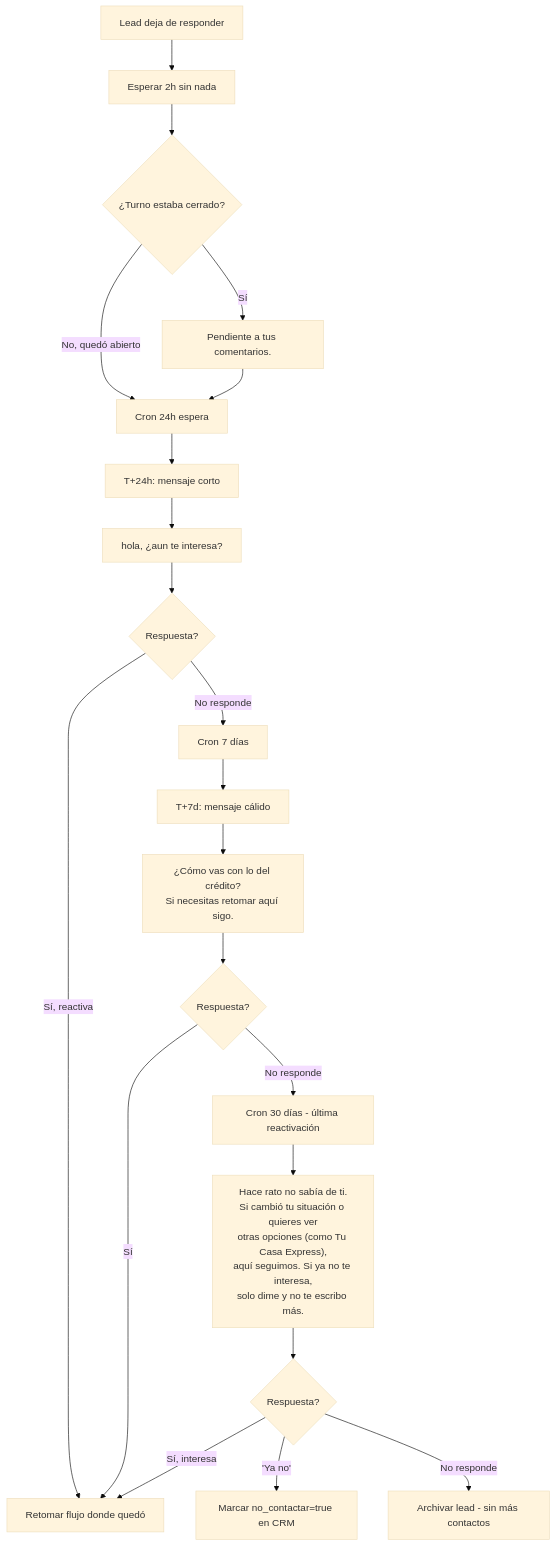
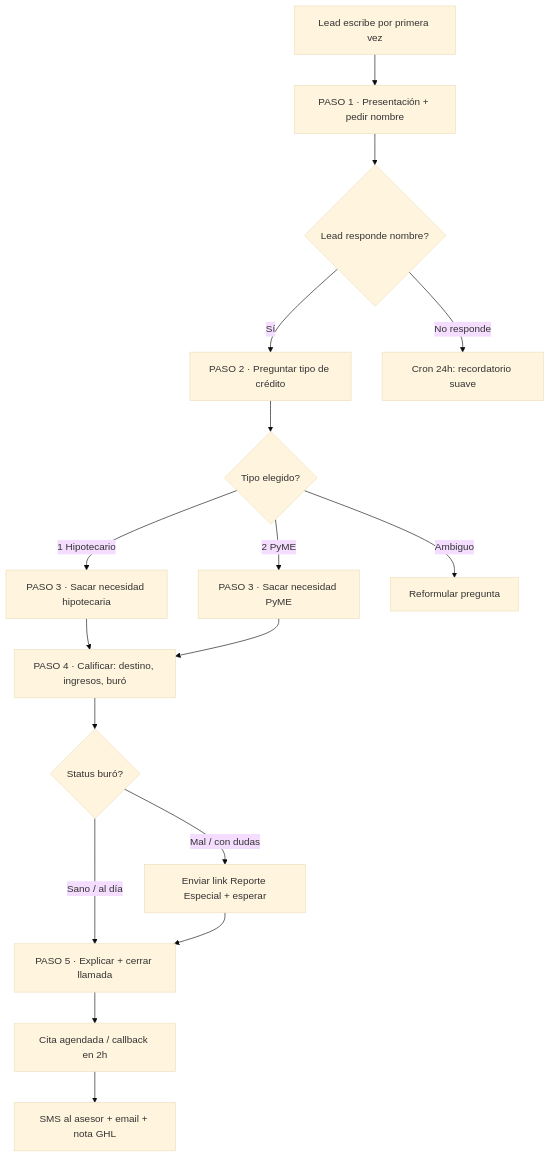
The first of 6 diagrams in agentes/alejandra/playbooks/diagrama-flujo.md (LuisValades/bot-ia-test-v1), drawn with Mermaid (base theme) before and after one commit. The commit also changed other lines of this file and 1 other file, not shown here.

First line of the commit message:
feat(alejandra): flujo rediseñado a 5 pasos canónicos

````diff
--- a/agentes/alejandra/playbooks/diagrama-flujo.md
+++ b/agentes/alejandra/playbooks/diagrama-flujo.md
@@ -187,29 +11,23 @@
 ```mermaid
 flowchart TD
-    A[Lead deja de responder] --> B[Esperar 2h sin nada]
-    B --> C{¿Turno estaba cerrado?}
-    C -->|Sí| D["Pendiente a tus comentarios."]
-    C -->|No, quedó abierto| E[Cron 24h espera]
+    Start[Lead escribe por primera vez] --> P1[PASO 1 · Presentación + pedir nombre]
+    P1 --> R1{Lead responde nombre?}
+    R1 -->|Sí| P2[PASO 2 · Preguntar tipo de crédito]
+    R1 -->|No responde| FollowUp[Cron 24h: recordatorio suave]
 
-    D --> E
-    E --> F[T+24h: mensaje corto]
-    F --> G["hola, ¿aun te interesa?"]
+    P2 --> R2{Tipo elegido?}
+    R2 -->|1 Hipotecario| P3H[PASO 3 · Sacar necesidad hipotecaria]
+    R2 -->|2 PyME| P3P[PASO 3 · Sacar necesidad PyME]
+    R2 -->|Ambiguo| ReAsk[Reformular pregunta]
 
-    G --> H{Respuesta?}
-    H -->|Sí, reactiva| I[Retomar flujo donde quedó]
-    H -->|No responde| J[Cron 7 días]
+    P3H --> P4[PASO 4 · Calificar: destino, ingresos, buró]
+    P3P --> P4
 
-    J --> K[T+7d: mensaje cálido]
-    K --> L["¿Cómo vas con lo del crédito?<br/>Si necesitas retomar aquí sigo."]
+    P4 --> Q_BURO{Status buró?}
+    Q_BURO -->|Sano / al día| P5[PASO 5 · Explicar + cerrar llamada]
+    Q_BURO -->|Mal / con dudas| PedirReporte[Enviar link Reporte Especial + esperar]
+    PedirReporte --> P5
 
-    L --> M{Respuesta?}
-    M -->|Sí| I
-    M -->|No responde| N[Cron 30 días - última reactivación]
-
-    N --> O["Hace rato no sabía de ti.<br/>Si cambió tu situación o quieres ver<br/>otras opciones (como Tu Casa Express),<br/>aquí seguimos. Si ya no te interesa,<br/>solo dime y no te escribo más."]
-
-    O --> P{Respuesta?}
-    P -->|Sí, interesa| I
-    P -->|'Ya no'| Q[Marcar no_contactar=true en CRM]
-    P -->|No responde| R[Archivar lead - sin más contactos]
+    P5 --> Cita[Cita agendada / callback en 2h]
+    Cita --> Escalar[SMS al asesor + email + nota GHL]
 ```
````
